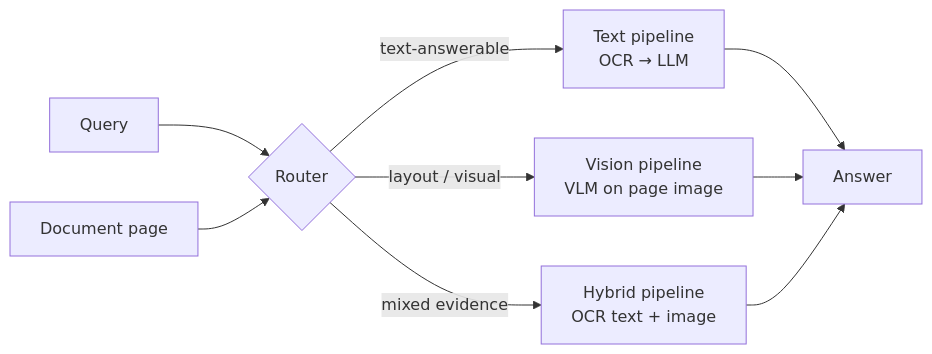
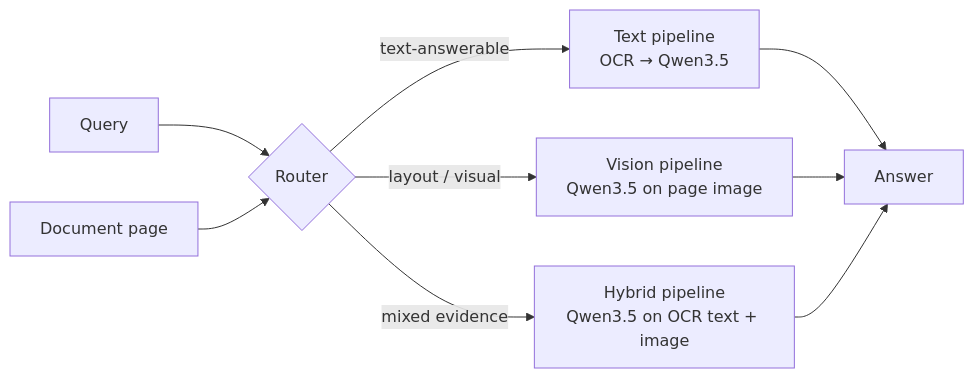
One commit to emre-geris/query-based-document-understanding changed the diagram in README.md. Above: the diagram before and after it, drawn with Mermaid. The commit also changed other lines of this file and 1 other file, not shown here.

Commit message:
docs: move the stack to Qwen3.5-4B, PP-OCRv5 and PP-DocLayout
The presentation named Qwen2.5-VL, DocLayout-YOLO and PaddleOCR without
version. Current choices: Qwen3.5-4B (Mar 2026, natively multimodal,
fits a 16 GB T4) served by vLLM with thinking disabled; PaddleOCR 3.x
PP-OCRv5 next to Tesseract; PP-DocLayout for layout. Adds the Kaggle
T4 notes (T4 x2 not P100, fp16, run benchmarks on the GPU machine) and
records the change under Decisions for the advisor.

````diff
--- a/README.md
+++ b/README.md
@@ -20,11 +20,11 @@
 ```mermaid
 flowchart LR
     Q[Query] --> R{Router}
     D[Document page] --> R
-    R -->|text-answerable| T[Text pipeline<br/>OCR → LLM]
-    R -->|layout / visual| V[Vision pipeline<br/>VLM on page image]
-    R -->|mixed evidence| H[Hybrid pipeline<br/>OCR text + image]
+    R -->|text-answerable| T[Text pipeline<br/>OCR → Qwen3.5]
+    R -->|layout / visual| V[Vision pipeline<br/>Qwen3.5 on page image]
+    R -->|mixed evidence| H[Hybrid pipeline<br/>Qwen3.5 on OCR text + image]
     T --> A[Answer]
     V --> A
     H --> A
 ```
````
